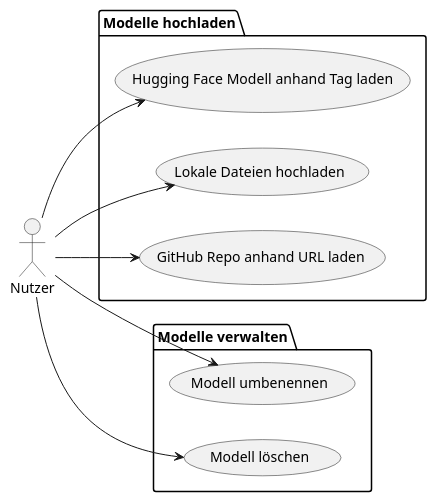
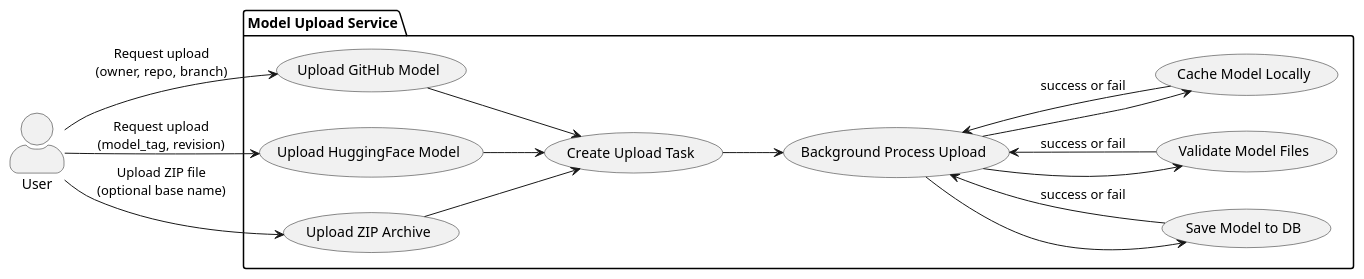
Before and after one commit to Yukasama/vectorize: the diagram in docs/diagrams/src/use-cases-upload.plantuml, drawn with PlantUML. The commit also changed 13 other files, not shown here.

```diff
--- a/docs/diagrams/src/use-cases-upload.plantuml
+++ b/docs/diagrams/src/use-cases-upload.plantuml
@@ -1,21 +1,37 @@
 @startuml use-cases-uploads
 left to right direction
-actor Nutzer
+skinparam actorStyle awesome
 
-package "Modelle hochladen" {
-    usecase "Hugging Face Modell anhand Tag laden" as HFModellLaden
-    usecase "Lokale Dateien hochladen" as LokaleDateien
-    usecase "GitHub Repo anhand URL laden" as GitHubRepoLaden
+actor User
+
+package "Model Upload Service" {
+    usecase UC_Github as "Upload GitHub Model"
+    usecase UC_HF as "Upload HuggingFace Model"
+    usecase UC_Zip as "Upload ZIP Archive"
+
+    usecase UC_CreateTask as "Create Upload Task"
+    usecase UC_BGProcess as "Background Process Upload"
+    usecase UC_SaveDB as "Save Model to DB"
+    usecase UC_ValidateFiles as "Validate Model Files"
+    usecase UC_CacheModel as "Cache Model Locally"
 }
 
-package "Modelle verwalten" {
-    usecase "Modell umbenennen" as ModellUmbenennen
-    usecase "Modell löschen" as ModellLöschen
-}
+User --> UC_Github : Request upload\n(owner, repo, branch)
+User --> UC_HF : Request upload\n(model_tag, revision)
+User --> UC_Zip : Upload ZIP file\n(optional base name)
 
-Nutzer --> HFModellLaden
-Nutzer --> LokaleDateien
-Nutzer --> GitHubRepoLaden
-Nutzer --> ModellUmbenennen
-Nutzer --> ModellLöschen
+UC_Github --> UC_CreateTask
+UC_HF --> UC_CreateTask
+UC_Zip --> UC_CreateTask
+
+UC_CreateTask --> UC_BGProcess
+
+UC_BGProcess --> UC_ValidateFiles
+UC_BGProcess --> UC_CacheModel
+UC_BGProcess --> UC_SaveDB
+
+UC_ValidateFiles --> UC_BGProcess : success or fail
+UC_CacheModel --> UC_BGProcess : success or fail
+UC_SaveDB --> UC_BGProcess : success or fail
+
 @enduml
```
